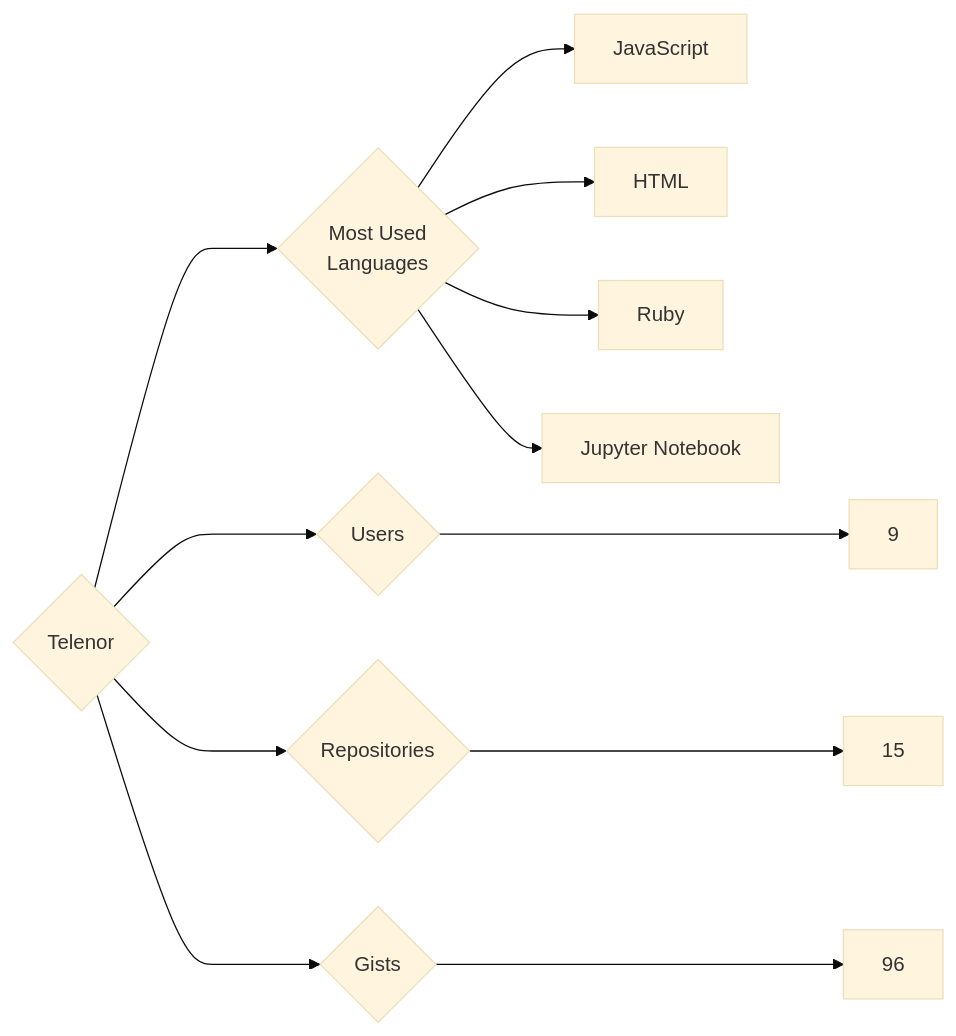
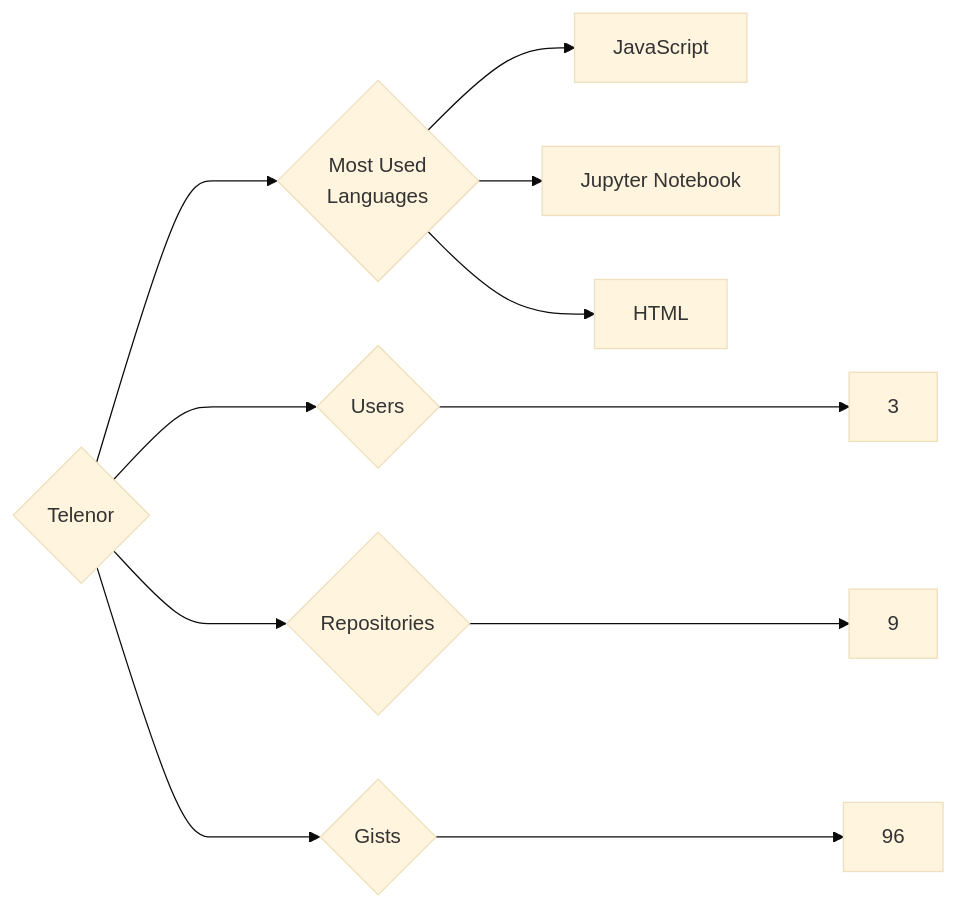
Before and after one commit to trickest/insiders: the diagram in targets/Telenor/README.md, drawn with Mermaid (base theme). The commit also changed 1170 other files, not shown here.

````diff
--- a/targets/Telenor/README.md
+++ b/targets/Telenor/README.md
@@ -3,12 +3,11 @@
 ```mermaid
 graph LR
 COMPANY_NAME{Telenor}
-COMPANY_NAME ---> U{Users} ---> UN[9]
-COMPANY_NAME ---> R{Repositories} ---> RN[15]
+COMPANY_NAME ---> U{Users} ---> UN[3]
+COMPANY_NAME ---> R{Repositories} ---> RN[9]
 COMPANY_NAME ---> G{Gists} ---> GN[96]
 COMPANY_NAME ---> ML{Most Used<br>Languages}
 ML --> JavaScript[JavaScript]
+ML --> Jupyter_Notebook[Jupyter Notebook]
 ML --> HTML[HTML]
-ML --> Ruby[Ruby]
-ML --> Jupyter_Notebook[Jupyter Notebook]
 ```
````
